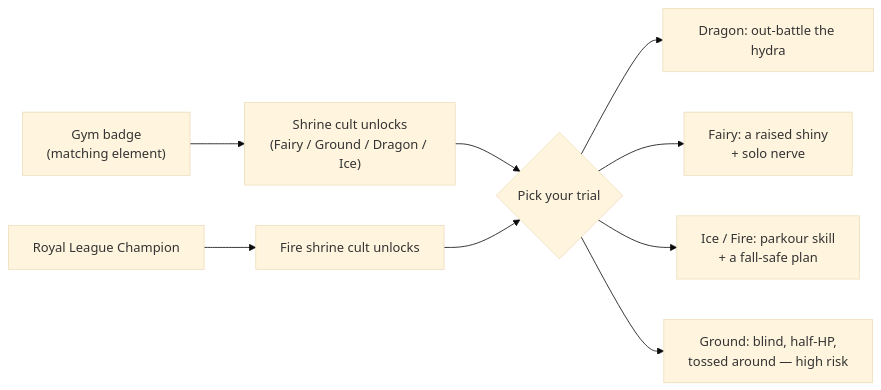
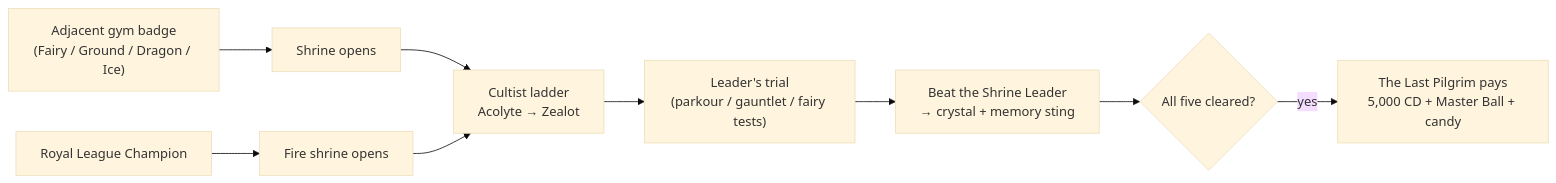
Before and after one commit to The-Company-Inc-Nerds/the-cobblemon-initiative: the diagram in wiki/Guidebook-Shrines.md, drawn with Mermaid (base theme). The commit also changed other lines of this file and 414 other files, not shown here.

````diff
--- a/wiki/Guidebook-Shrines.md
+++ b/wiki/Guidebook-Shrines.md
@@ -159,11 +154,11 @@
 ```mermaid
 flowchart LR
-  G["Gym badge<br/>(matching element)"] --> S["Shrine cult unlocks<br/>(Fairy / Ground / Dragon / Ice)"]
-  RC["Royal League Champion"] --> SF["Fire shrine cult unlocks"]
-  S --> T{"Pick your trial"}
-  SF --> T
-  T --> D["Dragon: out-battle the hydra"]
-  T --> F["Fairy: a raised shiny<br/>+ solo nerve"]
-  T --> I["Ice / Fire: parkour skill<br/>+ a fall-safe plan"]
-  T --> O["Ground: blind, half-HP,<br/>tossed around — high risk"]
+  G["Adjacent gym badge<br/>(Fairy / Ground / Dragon / Ice)"] --> S["Shrine opens"]
+  RC["Royal League Champion"] --> SF["Fire shrine opens"]
+  S --> L["Cultist ladder<br/>Acolyte → Zealot"]
+  SF --> L
+  L --> T["Leader's trial<br/>(parkour / gauntlet / fairy tests)"]
+  T --> K["Beat the Shrine Leader<br/>→ crystal + memory sting"]
+  K --> C{"All five cleared?"}
+  C -->|yes| P["The Last Pilgrim pays<br/>5,000 CD + Master Ball + candy"]
 ```
````
